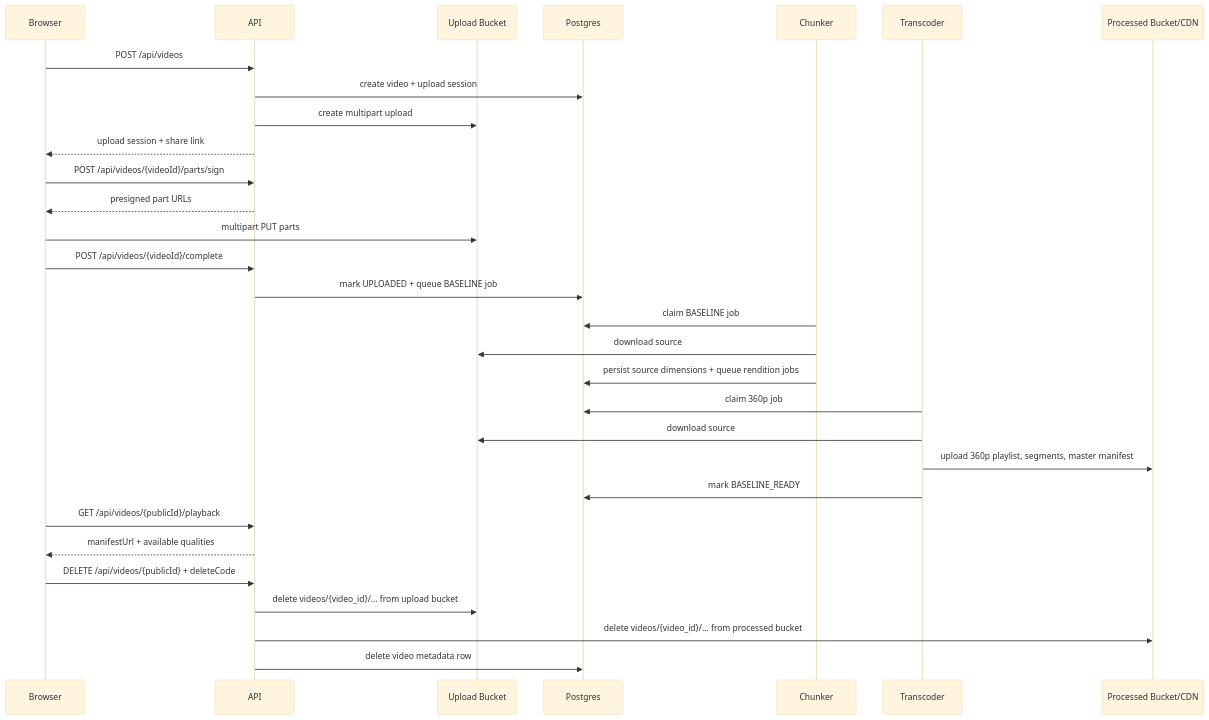
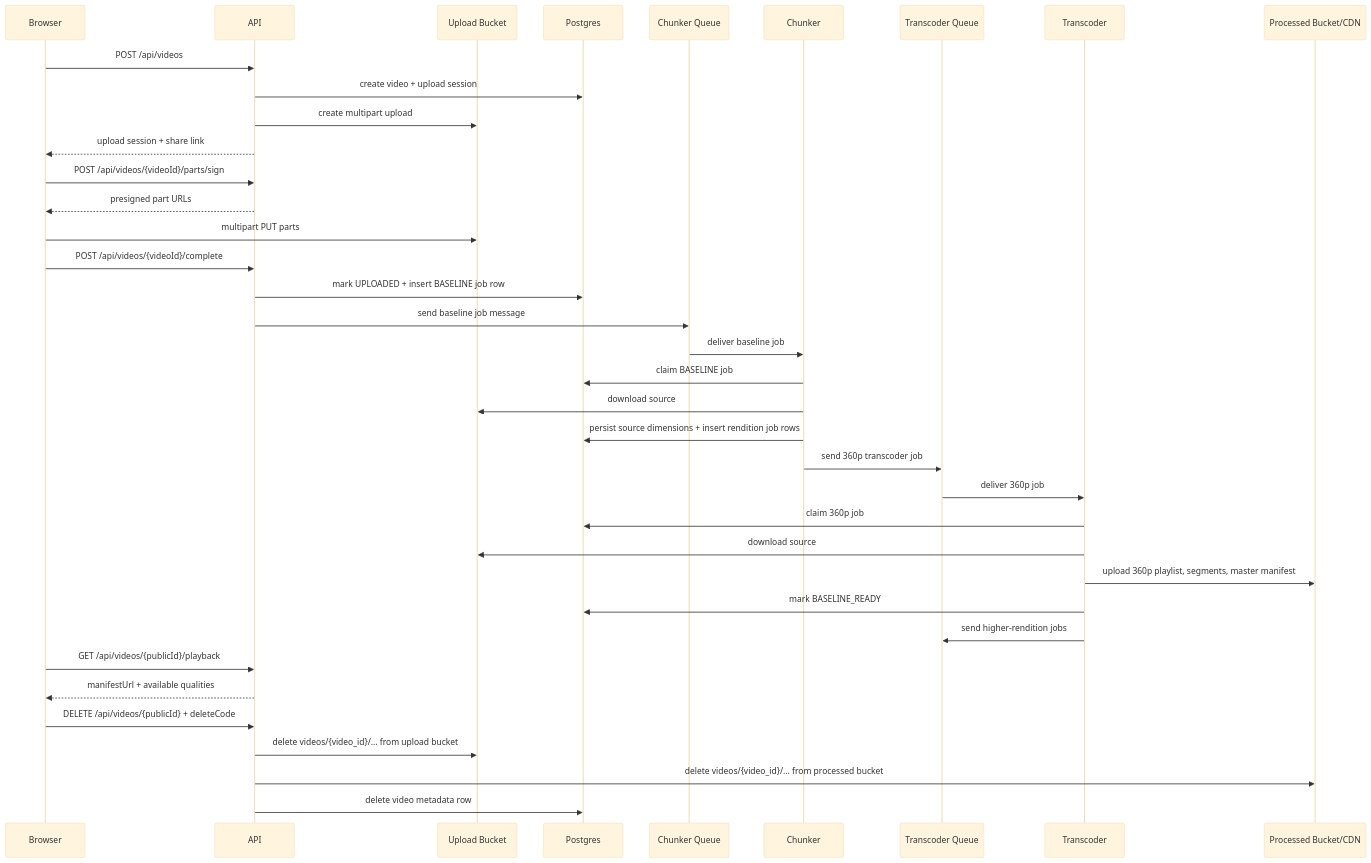
Before and after one commit to rafal01010/vid-archi: the second of 2 diagrams in docs/architecture.md, drawn with Mermaid (base theme). The commit also changed other lines of this file and 32 other files, not shown here.

````diff
--- a/docs/architecture.md
+++ b/docs/architecture.md
@@ -43,33 +48,40 @@
 ```mermaid
 sequenceDiagram
     participant U as Browser
     participant A as API
     participant S as Upload Bucket
     participant D as Postgres
+    participant Qc as Chunker Queue
     participant C as Chunker
+    participant Qt as Transcoder Queue
     participant T as Transcoder
     participant P as Processed Bucket/CDN
 
     U->>A: POST /api/videos
     A->>D: create video + upload session
     A->>S: create multipart upload
     A-->>U: upload session + share link
     U->>A: POST /api/videos/{videoId}/parts/sign
     A-->>U: presigned part URLs
     U->>S: multipart PUT parts
     U->>A: POST /api/videos/{videoId}/complete
-    A->>D: mark UPLOADED + queue BASELINE job
+    A->>D: mark UPLOADED + insert BASELINE job row
+    A->>Qc: send baseline job message
+    Qc->>C: deliver baseline job
     C->>D: claim BASELINE job
     C->>S: download source
-    C->>D: persist source dimensions + queue rendition jobs
+    C->>D: persist source dimensions + insert rendition job rows
+    C->>Qt: send 360p transcoder job
+    Qt->>T: deliver 360p job
     T->>D: claim 360p job
     T->>S: download source
     T->>P: upload 360p playlist, segments, master manifest
     T->>D: mark BASELINE_READY
+    T->>Qt: send higher-rendition jobs
     U->>A: GET /api/videos/{publicId}/playback
     A-->>U: manifestUrl + available qualities
     U->>A: DELETE /api/videos/{publicId} + deleteCode
     A->>S: delete videos/{video_id}/... from upload bucket
     A->>P: delete videos/{video_id}/... from processed bucket
     A->>D: delete video metadata row
 ```
````
